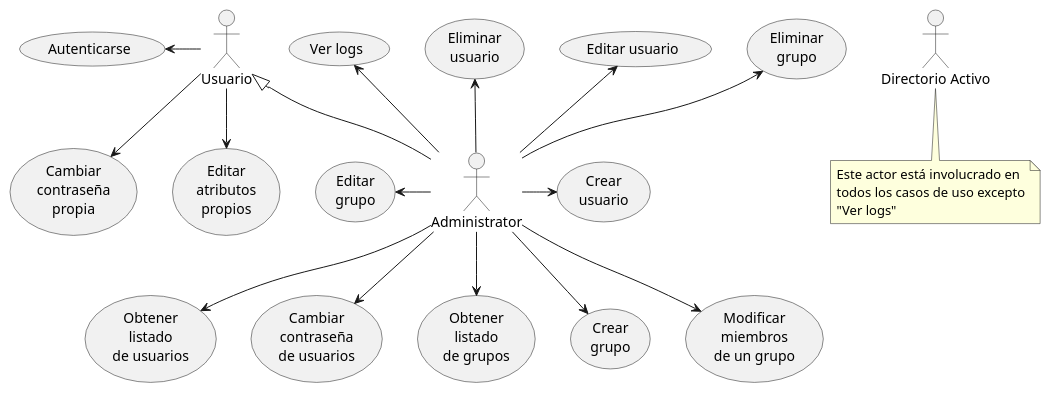
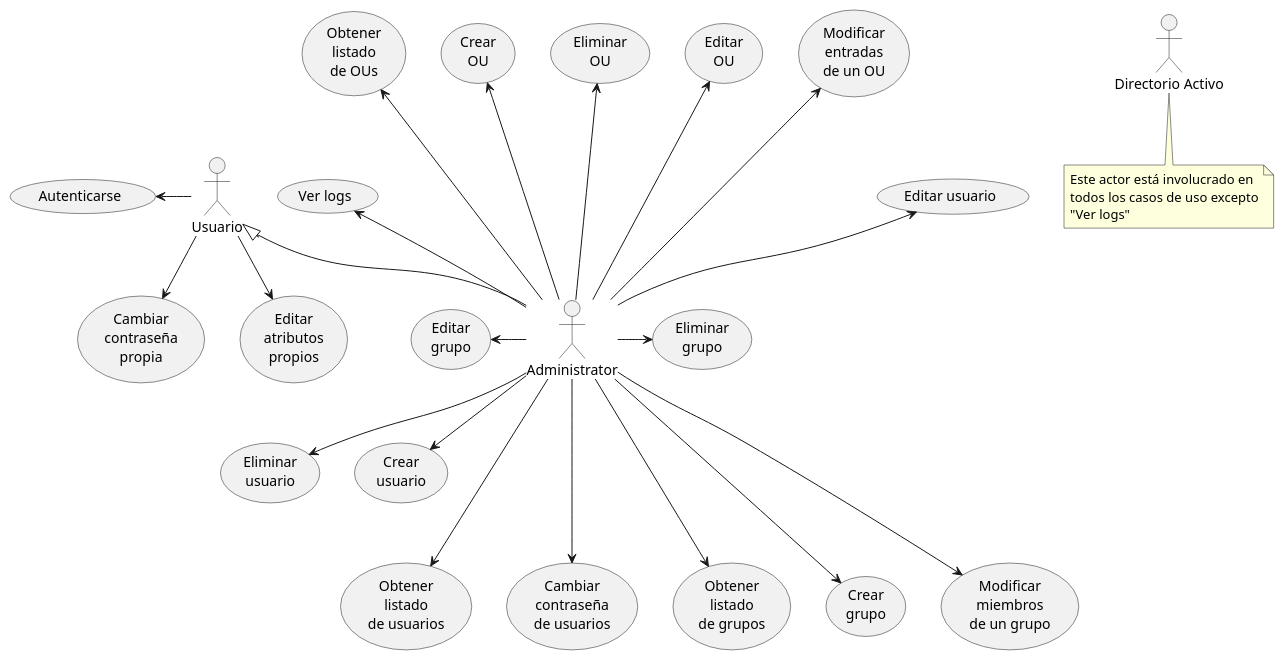
One commit to Carlos-err406/thesis changed the diagram in puml/system-diagram.puml. Above: the diagram before and after it, drawn with PlantUML. The commit also changed 5 other files, not shown here.

Commit message:
plant uml images and diagrams

```diff
--- a/puml/system-diagram.puml
+++ b/puml/system-diagram.puml
@@ -1,47 +1,61 @@
 @startuml system-diagram
 actor Administrator as admin
 actor :Usuario: as user
 actor :Directorio Activo: as activeDirectory
 
 note bottom of activeDirectory: Este actor está involucrado en\ntodos los casos de uso excepto\n"Ver logs"
 
 (Ver logs) as logs
+(Obtener\nlistado\nde OUs) as listOus
+(Crear\nOU) as createOU
+(Eliminar\nOU) as deleteOU
+(Editar\nOU) as editOU
+(Modificar\nentradas\nde un OU) as setOUEntries
 
+(Editar usuario) as editUser
+(Eliminar\nusuario) as deleteUser
 (Crear\nusuario) as createUser
 (Obtener\nlistado\nde usuarios) as listUsers
-(Eliminar\nusuario) as deleteUser
-(Editar usuario) as editUser
 (Cambiar\ncontraseña\nde usuarios) as changeUserPassword
 
 (Obtener\nlistado\nde grupos) as listGroups
 (Crear\ngrupo) as createGroup
 (Eliminar\ngrupo) as deleteGroup
 (Editar\ngrupo) as editGroup
 (Modificar\nmiembros\nde un grupo) as setGroupMembers
+
 
 (Autenticarse) as login
 
 (Cambiar\ncontraseña\npropia) as changeSelfPassword
 (Editar\natributos\npropios) as updateSelfUser
 
 user <|-- admin
 
 logs <-- admin
 
-admin --> listGroups
-admin --> listUsers
-admin --> createGroup
-admin -> createUser
-editUser<--admin
-editGroup<-admin
-deleteGroup<--admin
-deleteUser<--admin
-admin --> setGroupMembers
+createOU <--- admin
+editOU <--- admin
+deleteOU <--- admin
+listOus <--- admin
+setOUEntries <--- admin
+
+admin ---> listGroups
+admin ---> listUsers
+admin ---> createGroup
+admin --> createUser
+
+editUser <-- admin
+editGroup <- admin
+admin -> deleteGroup
+admin --> deleteUser
+
+admin ---> setGroupMembers
 login <- user
-admin --> changeUserPassword
+admin ---> changeUserPassword
 
 
 user --> updateSelfUser
 user --> changeSelfPassword
 
 @enduml
```
